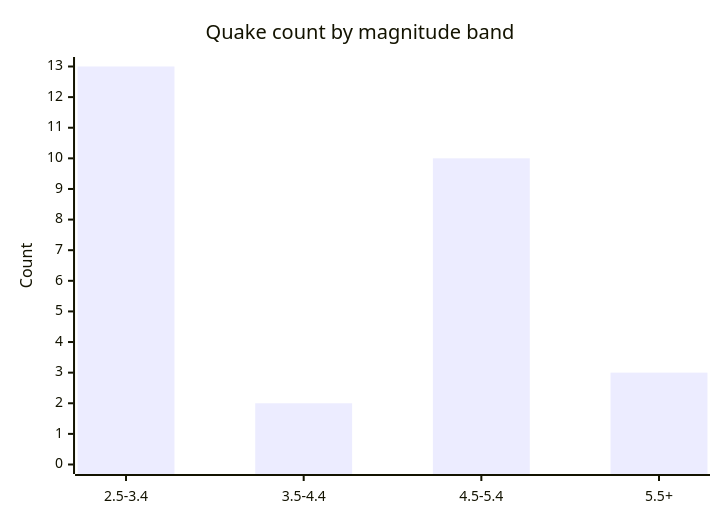
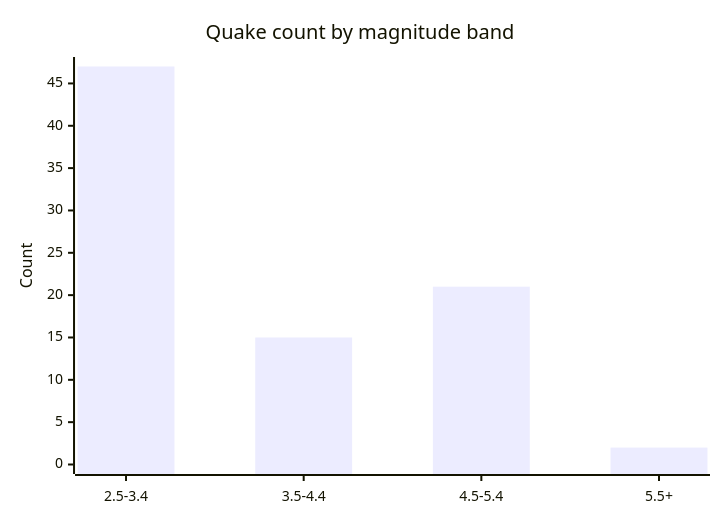
The fifth of 6 diagrams in docs/GRAPHS.md (Midwest-Stratospheric/aerostratospheric-defense-gir), drawn with Mermaid before and after one commit. The commit also changed other lines of this file and 23 other files, not shown here.

````diff
--- a/docs/GRAPHS.md
+++ b/docs/GRAPHS.md
@@ -82,7 +82,7 @@
 ```mermaid
 xychart-beta
   title "Quake count by magnitude band"
   x-axis ["2.5-3.4", "3.5-4.4", "4.5-5.4", "5.5+"]
-  y-axis "Count" 0 --> 13
-  bar [13, 2, 10, 3]
+  y-axis "Count" 0 --> 47
+  bar [47, 15, 21, 2]
 ```
````
